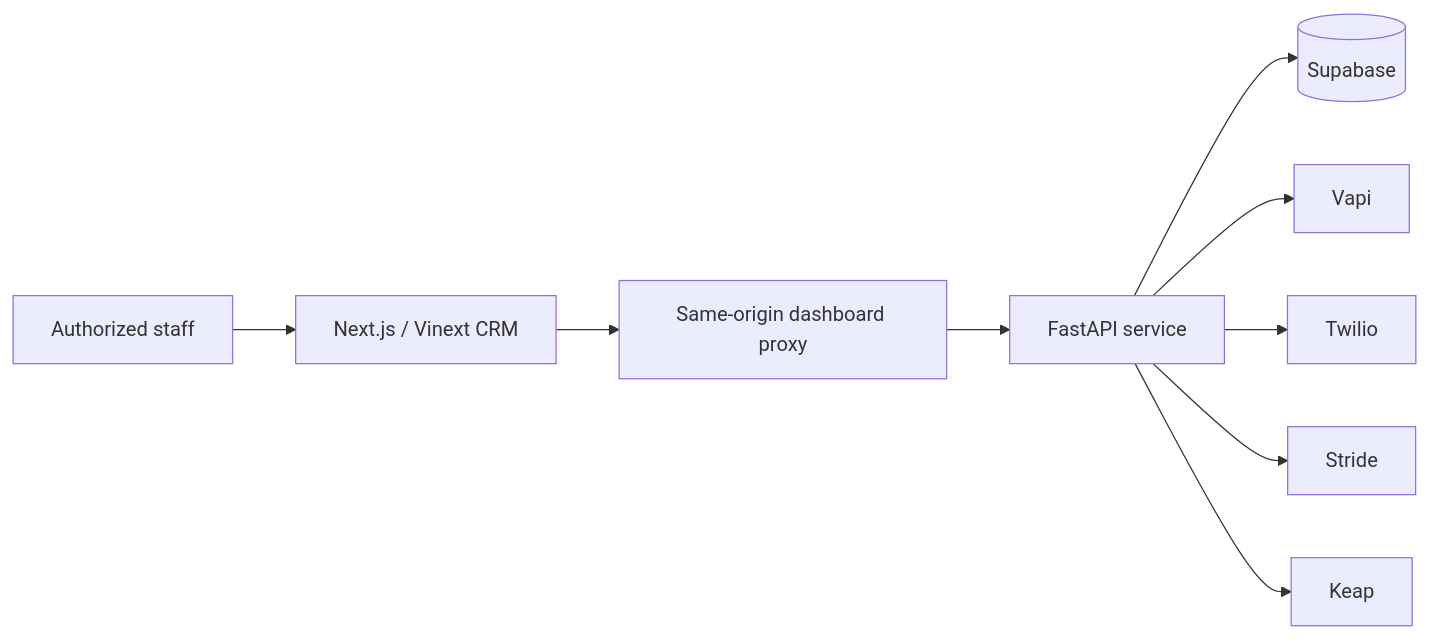
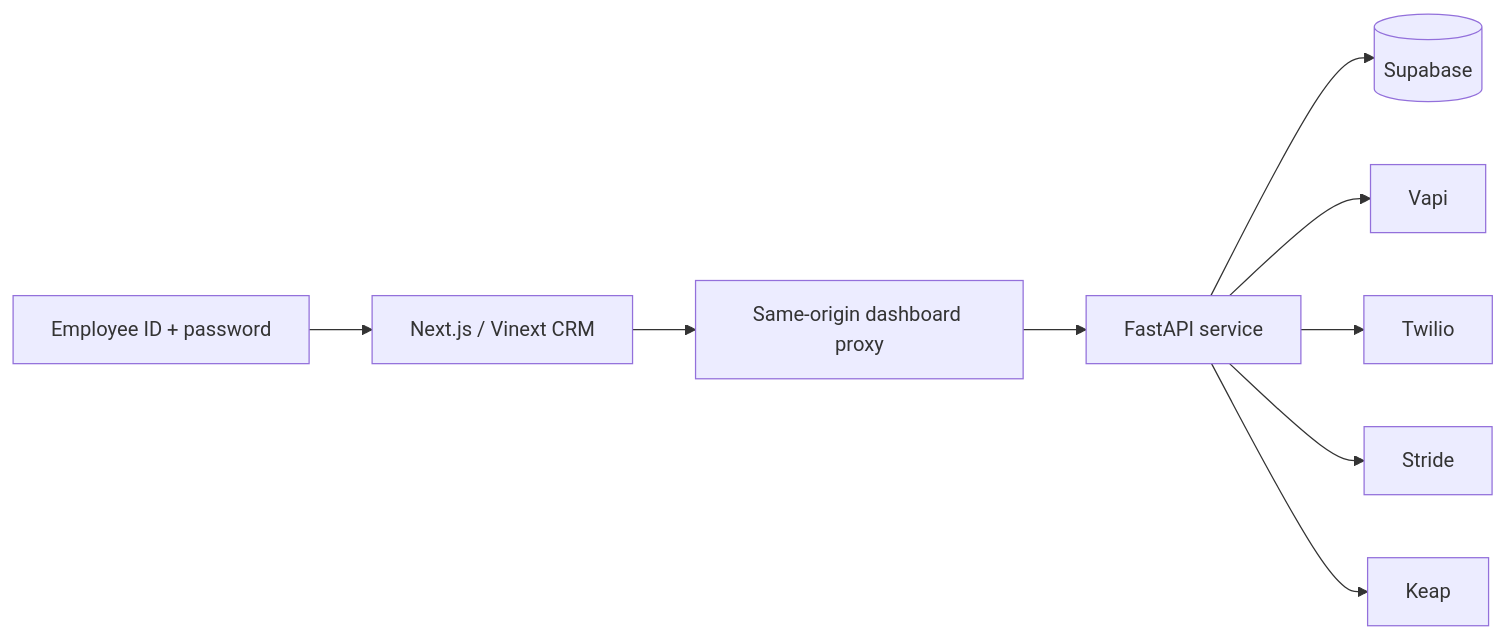
The diagram in README.md (SmallMovingParticle/rpt_frontend), drawn with Mermaid before and after one commit. The commit also changed other lines of this file and 21 other files, not shown here.

````diff
--- a/README.md
+++ b/README.md
@@ -29,11 +30,11 @@
 ```mermaid
 flowchart LR
-    Staff[Authorized staff] --> UI[Next.js / Vinext CRM]
+    Staff[Employee ID + password] --> UI[Next.js / Vinext CRM]
     UI --> Proxy[Same-origin dashboard proxy]
     Proxy --> API[FastAPI service]
     API --> DB[(Supabase)]
     API --> Vapi[Vapi]
     API --> Twilio[Twilio]
     API --> Stride[Stride]
     API --> Keap[Keap]
 ```
````
